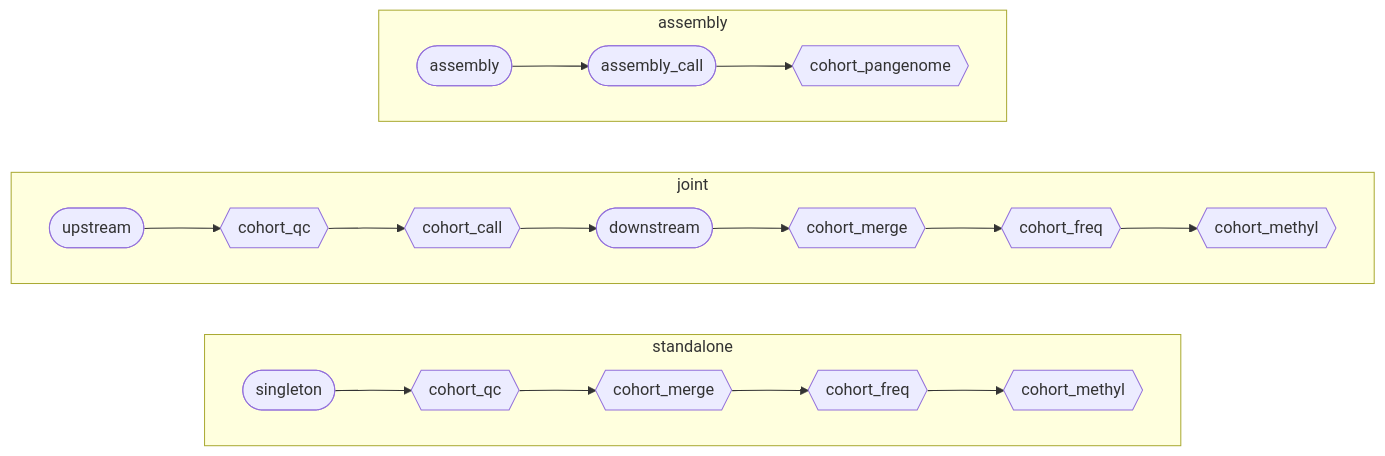
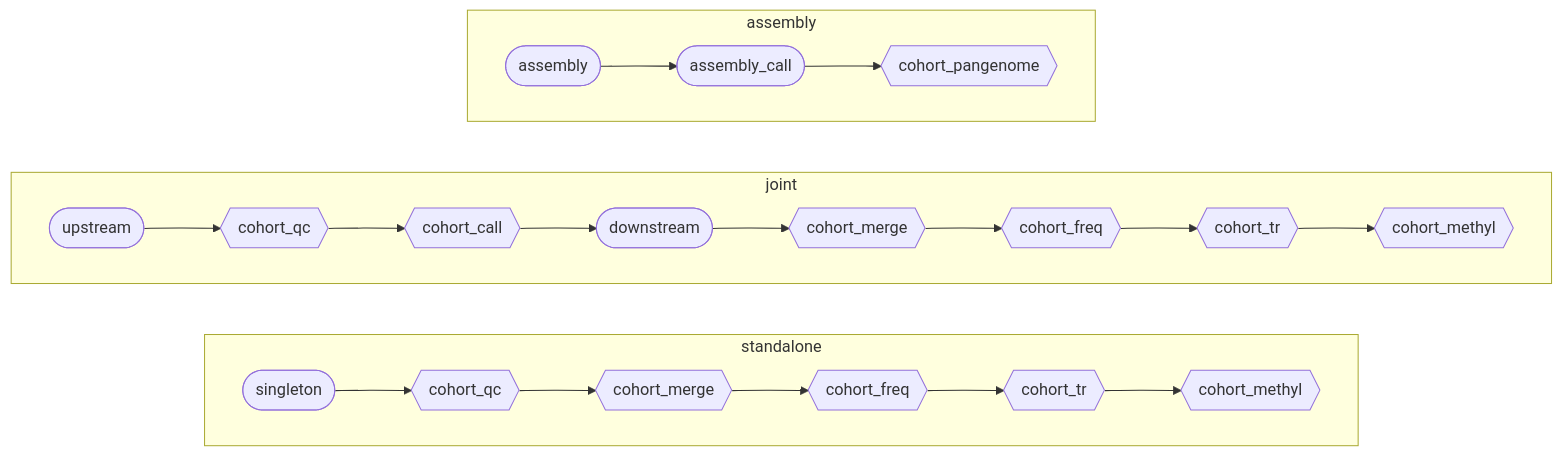
Before and after one commit to UppsalaGenomeCenter/ugc-wgw: the diagram in docs/guide/01-overview.md, drawn with Mermaid. The commit also changed other lines of this file and 55 other files, not shown here.

````diff
--- a/docs/guide/01-overview.md
+++ b/docs/guide/01-overview.md
@@ -39,15 +39,15 @@
 ```mermaid
 flowchart LR
   subgraph standalone
     direction LR
-    a1(["singleton"]) --> a0{{"cohort_qc"}} --> a2{{"cohort_merge"}} --> a3{{"cohort_freq"}} --> a4{{"cohort_methyl"}}
+    a1(["singleton"]) --> a0{{"cohort_qc"}} --> a2{{"cohort_merge"}} --> a3{{"cohort_freq"}} --> a5{{"cohort_tr"}} --> a4{{"cohort_methyl"}}
   end
   subgraph joint
     direction LR
-    b1(["upstream"]) --> b0{{"cohort_qc"}} --> b2{{"cohort_call"}} --> b3(["downstream"]) --> b4{{"cohort_merge"}} --> b5{{"cohort_freq"}} --> b6{{"cohort_methyl"}}
+    b1(["upstream"]) --> b0{{"cohort_qc"}} --> b2{{"cohort_call"}} --> b3(["downstream"]) --> b4{{"cohort_merge"}} --> b5{{"cohort_freq"}} --> b7{{"cohort_tr"}} --> b6{{"cohort_methyl"}}
   end
   subgraph assembly
     direction LR
     c1(["assembly"]) --> c2(["assembly_call"]) --> c3{{"cohort_pangenome"}}
   end
 ```
````
